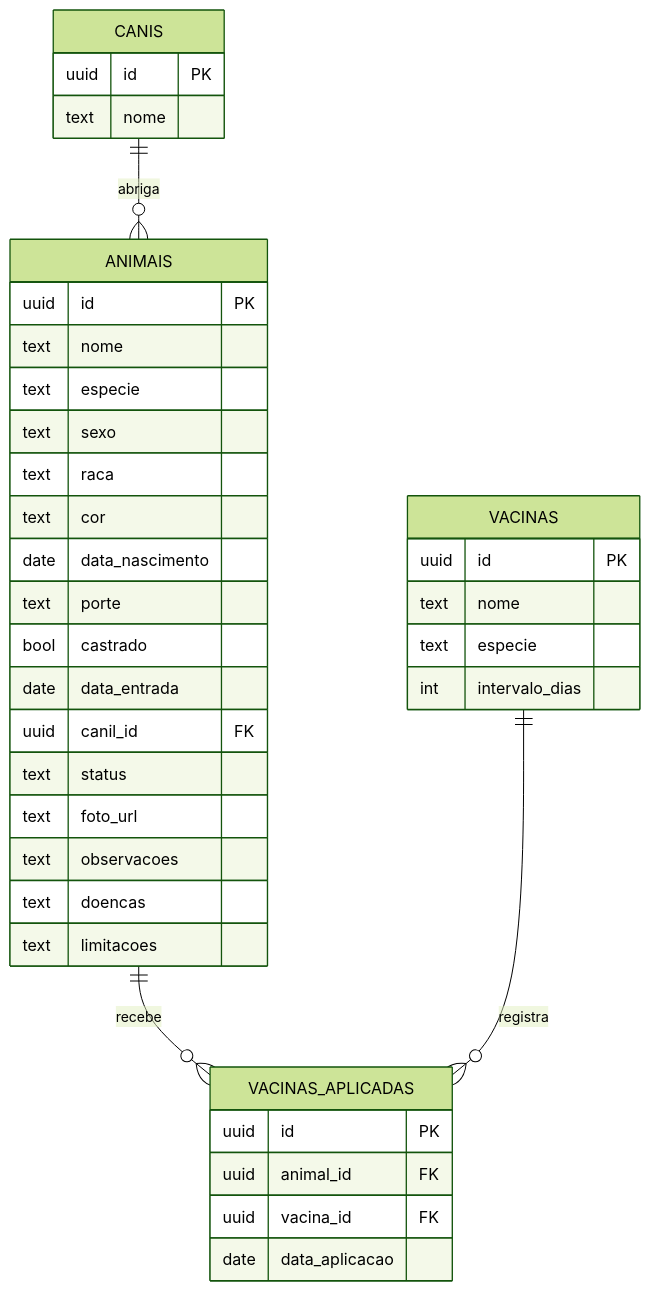
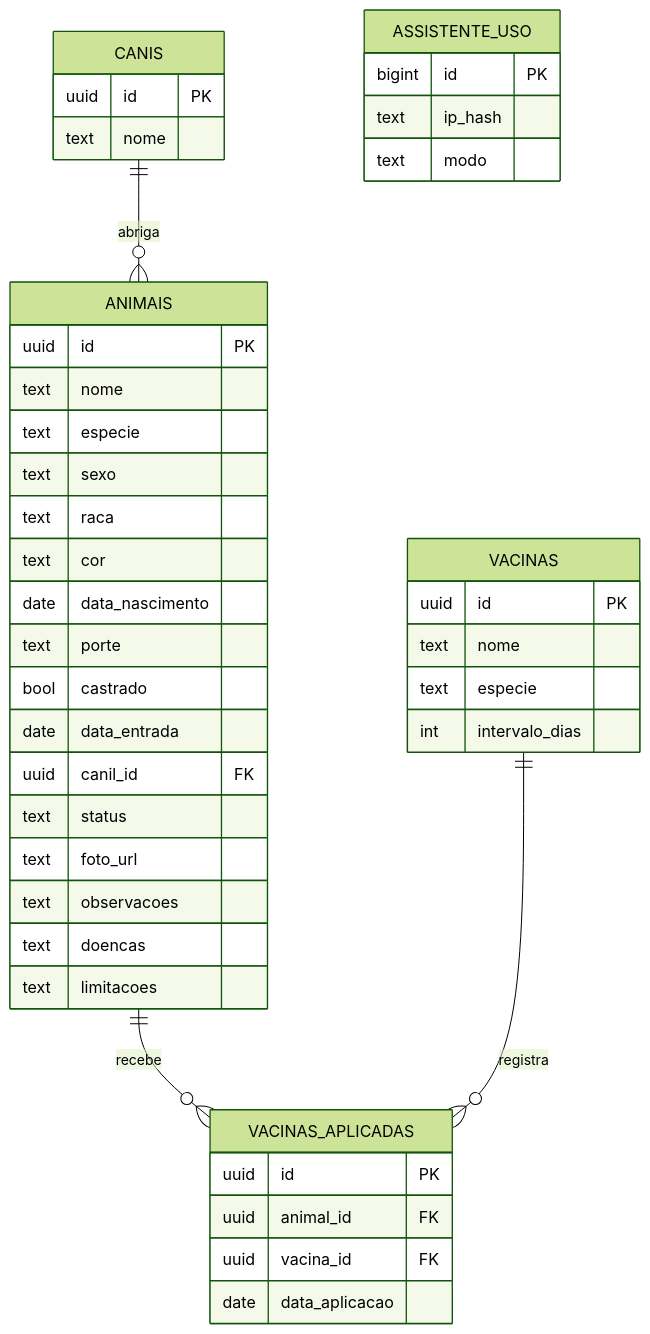
Before and after one commit to D4NIELT0RRES/patinhas-canil: the second of 2 diagrams in README.md, drawn with Mermaid (forest theme). The commit also changed other lines of this file and 14 other files, not shown here.

````diff
--- a/README.md
+++ b/README.md
@@ -98,33 +120,36 @@
 ```mermaid
 erDiagram
     CANIS ||--o{ ANIMAIS : abriga
     ANIMAIS ||--o{ VACINAS_APLICADAS : recebe
     VACINAS ||--o{ VACINAS_APLICADAS : registra
+    ASSISTENTE_USO { bigint id PK
+                     text ip_hash
+                     text modo }
 
     CANIS { uuid id PK
             text nome }
     ANIMAIS { uuid id PK
               text nome
               text especie
               text sexo
               text raca
               text cor
               date data_nascimento
               text porte
               bool castrado
               date data_entrada
               uuid canil_id FK
               text status
               text foto_url
               text observacoes
               text doencas
               text limitacoes }
     VACINAS { uuid id PK
               text nome
               text especie
               int intervalo_dias }
     VACINAS_APLICADAS { uuid id PK
                         uuid animal_id FK
                         uuid vacina_id FK
                         date data_aplicacao }
 ```
````
